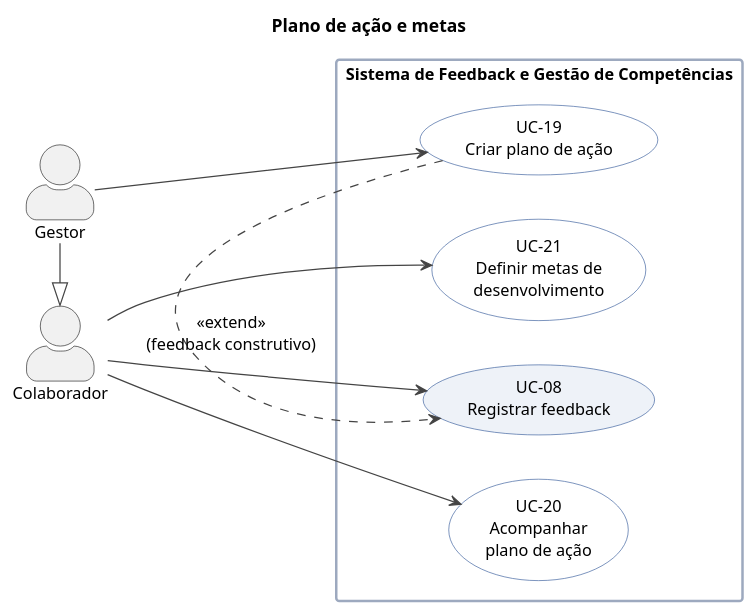
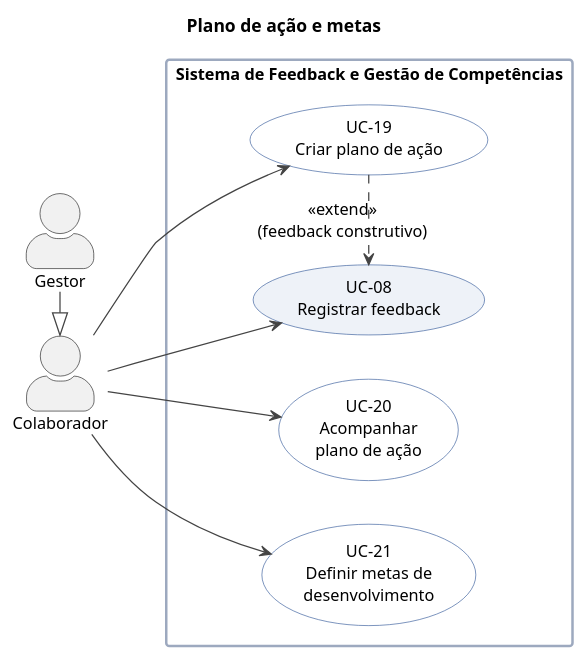
One commit to isadora-yasmim/dominios-de-software-2026-2 changed the fifth of 8 diagrams in docs/modelagem/casos-de-uso/Diagrama_Casos_de_Uso.puml. Above: the diagram before and after it, drawn with PlantUML. The commit also changed other lines of this file and 9 other files, not shown here.

```diff
--- a/docs/modelagem/casos-de-uso/Diagrama_Casos_de_Uso.puml
+++ b/docs/modelagem/casos-de-uso/Diagrama_Casos_de_Uso.puml
@@ -268,39 +268,39 @@
 @startuml UC_04_Plano_e_Metas
 left to right direction
 skinparam shadowing false
 skinparam defaultFontName Arial
 skinparam defaultFontSize 13
 skinparam actorStyle awesome
 skinparam ArrowColor #444444
 skinparam usecase {
   BackgroundColor #FFFFFF
   BorderColor #2F5597
 }
 skinparam rectangle {
   BorderColor #2F5597
   BorderThickness 2
 }
 skinparam package {
   BorderColor #9DA9BF
   FontColor #2F5597
 }
 
 title Plano de ação e metas
 
 actor "Colaborador" as COL
 actor "Gestor" as GES
 GES -|> COL
 
 rectangle "Sistema de Feedback e Gestão de Competências" {
   usecase "UC-19\nCriar plano de ação" as UC19
   usecase "UC-20\nAcompanhar\nplano de ação" as UC20
   usecase "UC-21\nDefinir metas de\ndesenvolvimento" as UC21
   usecase "UC-08\nRegistrar feedback" as UC08 #EEF2F8
 }
 
 COL --> UC08
 COL --> UC20
 COL --> UC21
-GES --> UC19
+COL --> UC19
 UC19 .> UC08 : <<extend>>\n(feedback construtivo)
 @enduml
```
